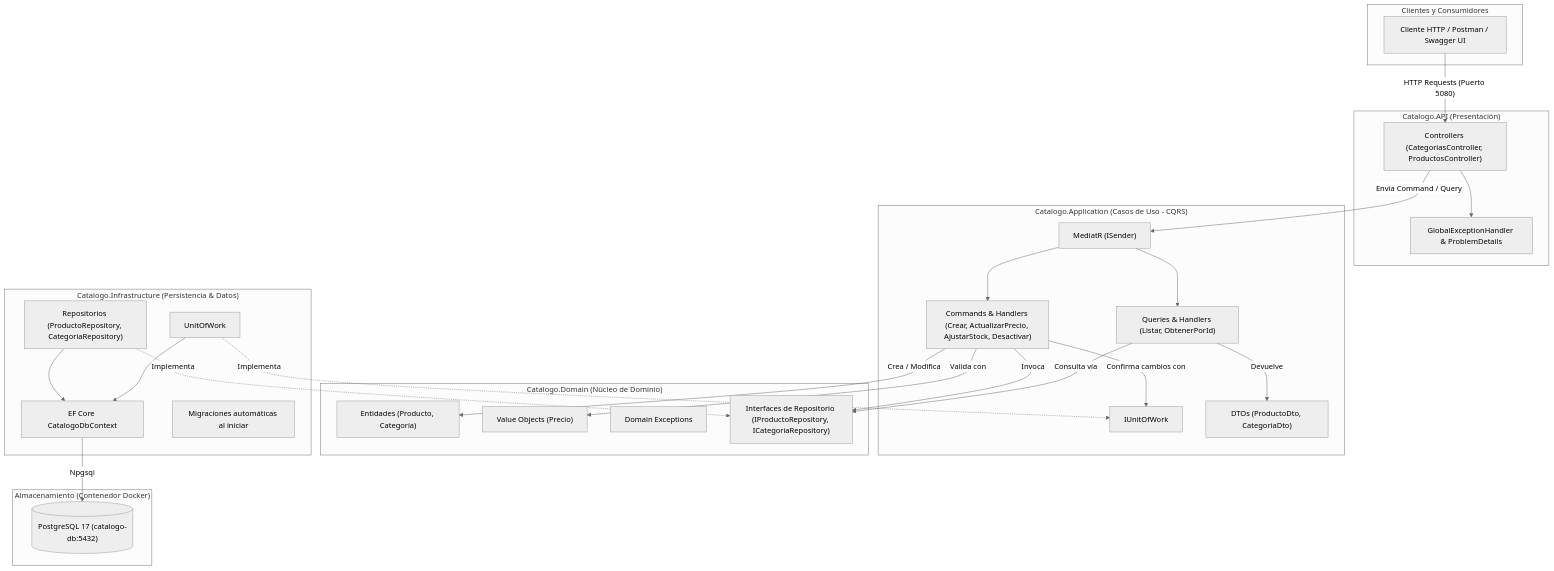
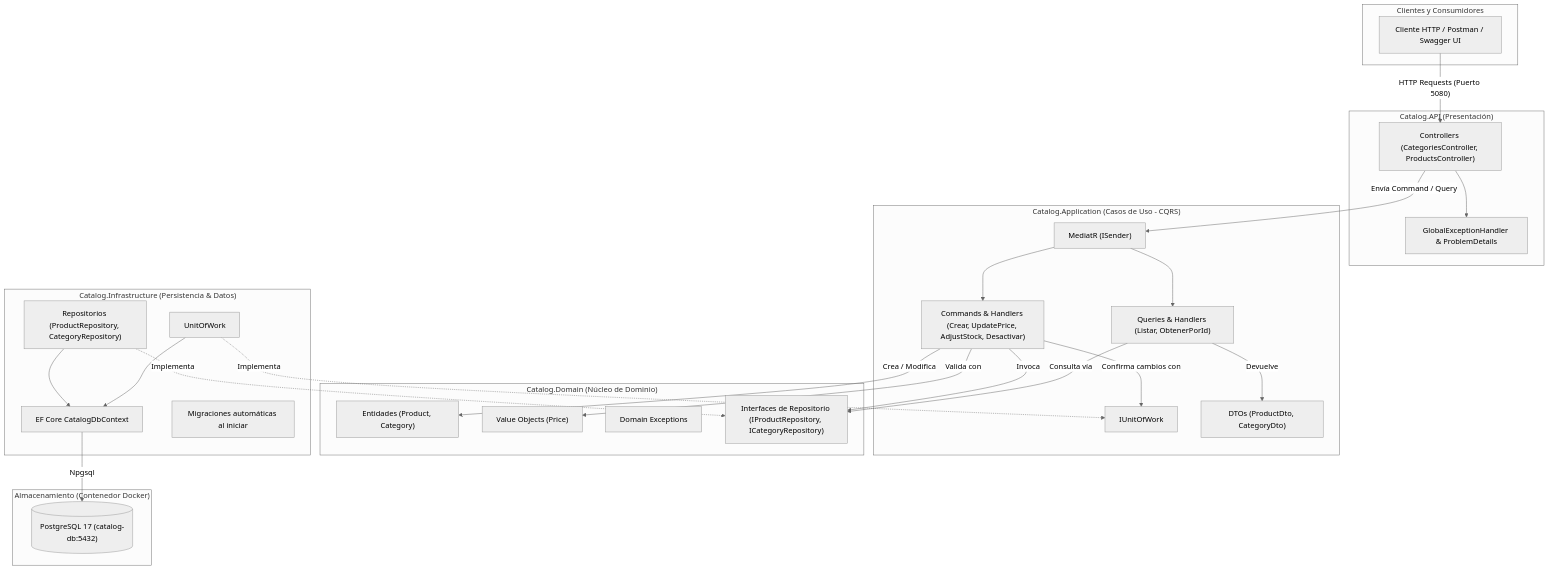
One commit to efrencuadrado289348/catalogo-service changed the diagram in README.md. Above: the diagram before and after it, drawn with Mermaid (neutral theme). The commit also changed other lines of this file, not shown here.

````diff
--- a/README.md
+++ b/README.md
@@ -204,59 +204,59 @@
 ```mermaid
 flowchart TD
     subgraph Clients["Clientes y Consumidores"]
         Client["Cliente HTTP / Postman / Swagger UI"]
     end
 
-    subgraph API["Catalogo.API (Presentación)"]
-        Controllers["Controllers (CategoriasController, ProductosController)"]
+    subgraph API["Catalog.API (Presentación)"]
+        Controllers["Controllers (CategoriesController, ProductsController)"]
         ExceptionHandling["GlobalExceptionHandler & ProblemDetails"]
     end
 
-    subgraph Application["Catalogo.Application (Casos de Uso - CQRS)"]
+    subgraph Application["Catalog.Application (Casos de Uso - CQRS)"]
         MediatR["MediatR (ISender)"]
-        Commands["Commands & Handlers (Crear, ActualizarPrecio, AjustarStock, Desactivar)"]
+        Commands["Commands & Handlers (Crear, UpdatePrice, AdjustStock, Desactivar)"]
         Queries["Queries & Handlers (Listar, ObtenerPorId)"]
         Abstractions["IUnitOfWork"]
-        Dtos["DTOs (ProductoDto, CategoriaDto)"]
+        Dtos["DTOs (ProductDto, CategoryDto)"]
     end
 
-    subgraph Domain["Catalogo.Domain (Núcleo de Dominio)"]
-        Entities["Entidades (Producto, Categoria)"]
-        ValueObjects["Value Objects (Precio)"]
+    subgraph Domain["Catalog.Domain (Núcleo de Dominio)"]
+        Entities["Entidades (Product, Category)"]
+        ValueObjects["Value Objects (Price)"]
         DomainExceptions["Domain Exceptions"]
-        RepoInterfaces["Interfaces de Repositorio (IProductoRepository, ICategoriaRepository)"]
+        RepoInterfaces["Interfaces de Repositorio (IProductRepository, ICategoryRepository)"]
     end
 
-    subgraph Infrastructure["Catalogo.Infrastructure (Persistencia & Datos)"]
-        DbContext["EF Core CatalogoDbContext"]
-        RepoImpl["Repositorios (ProductoRepository, CategoriaRepository)"]
+    subgraph Infrastructure["Catalog.Infrastructure (Persistencia & Datos)"]
+        DbContext["EF Core CatalogDbContext"]
+        RepoImpl["Repositorios (ProductRepository, CategoryRepository)"]
         UoWImpl["UnitOfWork"]
         Migrations["Migraciones automáticas al iniciar"]
     end
 
     subgraph Database["Almacenamiento (Contenedor Docker)"]
-        Postgres[("PostgreSQL 17 (catalogo-db:5432)")]
+        Postgres[("PostgreSQL 17 (catalog-db:5432)")]
     end
 
     %% Flujo de peticiones
     Client -->|"HTTP Requests (Puerto 5080)"| Controllers
     Controllers --> ExceptionHandling
     Controllers -->|"Envía Command / Query"| MediatR
     MediatR --> Commands
     MediatR --> Queries
 
     %% Capa de Aplicación interactuando con Dominio
     Commands -->|"Crea / Modifica"| Entities
     Commands -->|"Valida con"| ValueObjects
     Commands -->|"Invoca"| RepoInterfaces
     Commands -->|"Confirma cambios con"| Abstractions
     Queries -->|"Consulta vía"| RepoInterfaces
     Queries -->|"Devuelve"| Dtos
 
     %% Inversión de dependencias (Infraestructura implementa interfaces)
     RepoImpl -.->|"Implementa"| RepoInterfaces
     UoWImpl -.->|"Implementa"| Abstractions
     RepoImpl --> DbContext
     UoWImpl --> DbContext
     DbContext -->|"Npgsql"| Postgres
 ```
````
